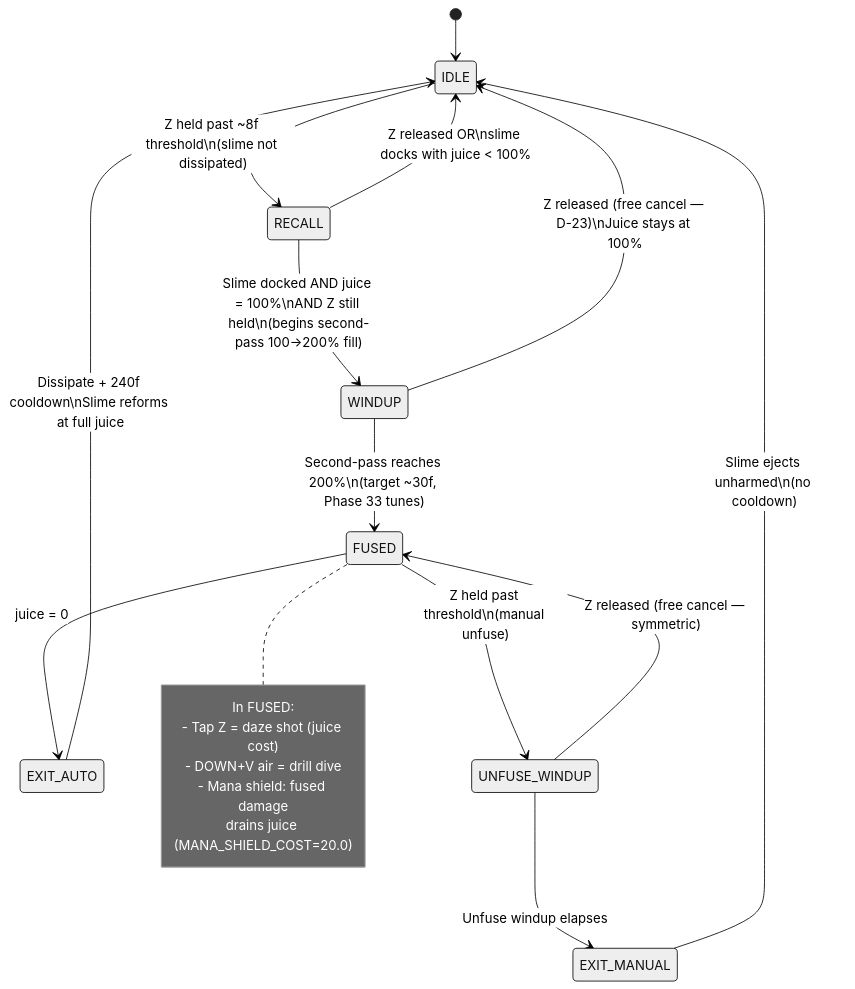
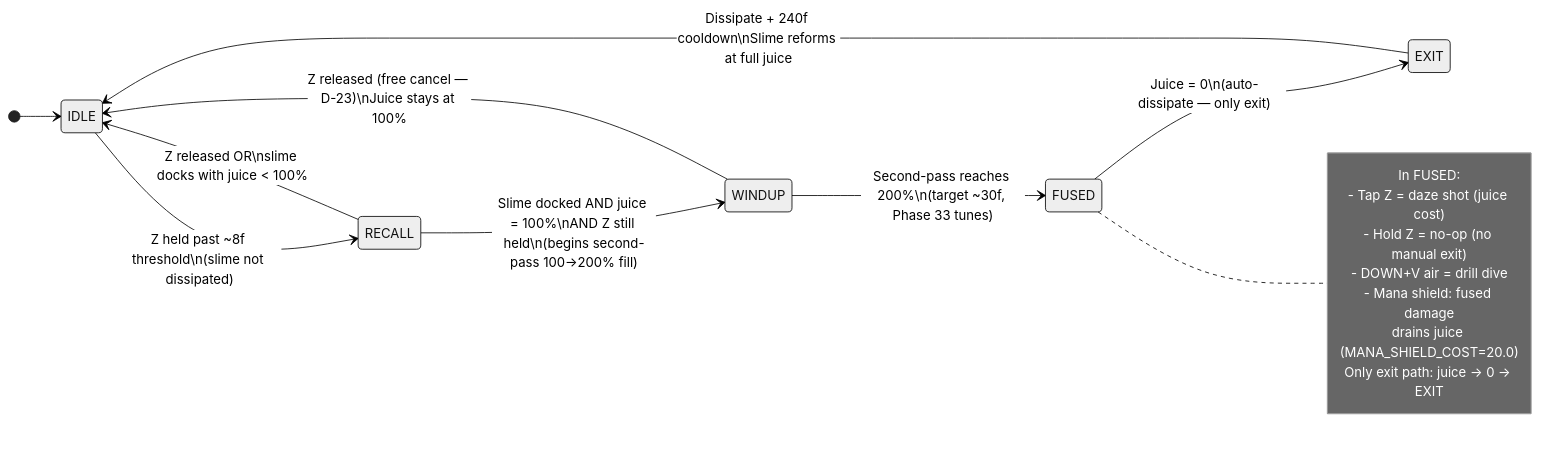
One commit to garvash/jelly-roll-proto changed the diagram in .planning/FUSION-DESIGN.md. Above: the diagram before and after it, drawn with Mermaid (neutral theme). The commit also changed other lines of this file and 1 other file, not shown here.

````diff
--- a/.planning/FUSION-DESIGN.md
+++ b/.planning/FUSION-DESIGN.md
@@ -91,22 +93,21 @@
 ```mermaid
 stateDiagram-v2
+    direction LR
     [*] --> IDLE
     IDLE --> RECALL: Z held past ~8f threshold\n(slime not dissipated)
     RECALL --> IDLE: Z released OR\nslime docks with juice < 100%
     RECALL --> WINDUP: Slime docked AND juice = 100%\nAND Z still held\n(begins second-pass 100→200% fill)
     WINDUP --> IDLE: Z released (free cancel — D-23)\nJuice stays at 100%
     WINDUP --> FUSED: Second-pass reaches 200%\n(target ~30f, Phase 33 tunes)
-    FUSED --> EXIT_AUTO: juice = 0
-    FUSED --> UNFUSE_WINDUP: Z held past threshold\n(manual unfuse)
-    UNFUSE_WINDUP --> FUSED: Z released (free cancel — symmetric)
-    UNFUSE_WINDUP --> EXIT_MANUAL: Unfuse windup elapses
-    EXIT_AUTO --> IDLE: Dissipate + 240f cooldown\nSlime reforms at full juice
-    EXIT_MANUAL --> IDLE: Slime ejects unharmed\n(no cooldown)
+    FUSED --> EXIT: Juice = 0\n(auto-dissipate — only exit)
+    EXIT --> IDLE: Dissipate + 240f cooldown\nSlime reforms at full juice
     note right of FUSED
         In FUSED:
         - Tap Z = daze shot (juice cost)
+        - Hold Z = no-op (no manual exit)
         - DOWN+V air = drill dive
         - Mana shield: fused damage
           drains juice (MANA_SHIELD_COST=20.0)
+        Only exit path: juice → 0 → EXIT
     end note
 ```
````
